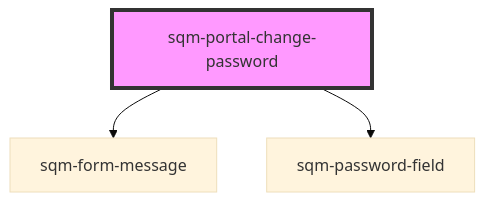
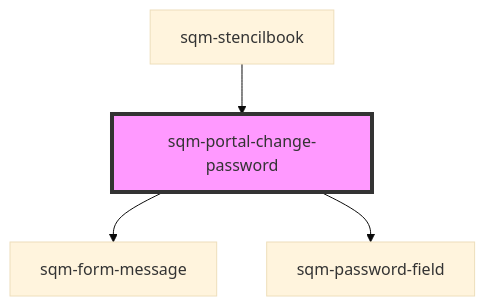
One commit to saasquatch/program-tools changed the diagram in packages/mint-components/src/components/sqm-portal-change-password/readme.md. Above: the diagram before and after it, drawn with Mermaid (base theme). The commit also changed other lines of this file and 4 other files, not shown here.

````diff
--- a/packages/mint-components/src/components/sqm-portal-change-password/readme.md
+++ b/packages/mint-components/src/components/sqm-portal-change-password/readme.md
@@ -31,6 +35,7 @@
 ```mermaid
 graph TD;
   sqm-portal-change-password --> sqm-form-message
   sqm-portal-change-password --> sqm-password-field
+  sqm-stencilbook --> sqm-portal-change-password
   style sqm-portal-change-password fill:#f9f,stroke:#333,stroke-width:4px
 ```
````
